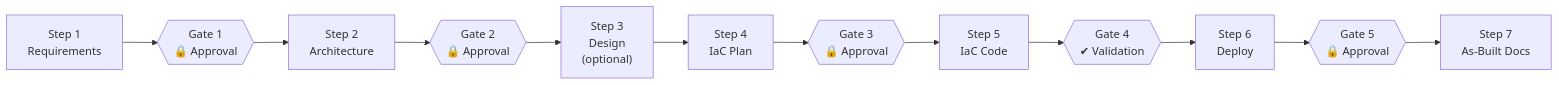
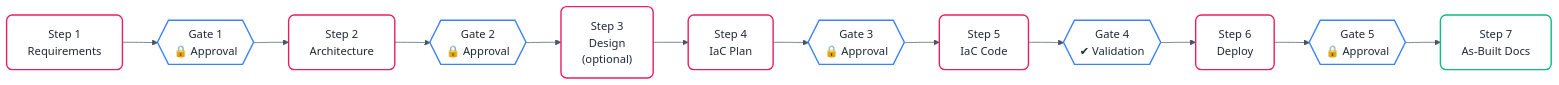
The first of 3 diagrams in docs/how-it-works.md (jonathan-vella/apex), drawn with Mermaid before and after one commit. The commit also changed other lines of this file, not shown here.

Commit message:
docs: enhance mermaid charts with modern styling themes and classDefs

````diff
--- a/docs/how-it-works.md
+++ b/docs/how-it-works.md
@@ -218,17 +218,38 @@
 ```mermaid
+%%{
+  init: {
+    'theme': 'base',
+    'themeVariables': {
+      'primaryColor': '#ffffff',
+      'primaryTextColor': '#333333',
+      'primaryBorderColor': '#e91e63',
+      'lineColor': '#475569',
+      'fontFamily': 'ui-sans-serif, system-ui, -apple-system, sans-serif'
+    },
+    'flowchart': {
+      'curve': 'basis',
+      'nodeSpacing': 50,
+      'rankSpacing': 50
+    }
+  }
+}%%
 flowchart LR
+    classDef default fill:#ffffff,stroke:#e91e63,stroke-width:2px,color:#1f2937,rx:8px,ry:8px;
+    classDef gate fill:#ffffff,stroke:#3b82f6,stroke-width:2px,color:#1f2937,rx:8px,ry:8px;
+    classDef endNode fill:#ffffff,stroke:#10b981,stroke-width:2px,color:#1f2937,rx:8px,ry:8px;
+
     S1["Step 1\nRequirements"]
-    G1{{"Gate 1\n🔒 Approval"}}
+    G1{{"Gate 1\n🔒 Approval"}}:::gate
     S2["Step 2\nArchitecture"]
-    G2{{"Gate 2\n🔒 Approval"}}
+    G2{{"Gate 2\n🔒 Approval"}}:::gate
     S3["Step 3\nDesign\n(optional)"]
     S4["Step 4\nIaC Plan"]
-    G3{{"Gate 3\n🔒 Approval"}}
+    G3{{"Gate 3\n🔒 Approval"}}:::gate
     S5["Step 5\nIaC Code"]
-    G4{{"Gate 4\n✔ Validation"}}
+    G4{{"Gate 4\n✔ Validation"}}:::gate
     S6["Step 6\nDeploy"]
-    G5{{"Gate 5\n🔒 Approval"}}
-    S7["Step 7\nAs-Built Docs"]
+    G5{{"Gate 5\n🔒 Approval"}}:::gate
+    S7["Step 7\nAs-Built Docs"]:::endNode
 
     S1 --> G1 --> S2 --> G2 --> S3 --> S4 --> G3 --> S5 --> G4 --> S6 --> G5 --> S7
 ```
````
